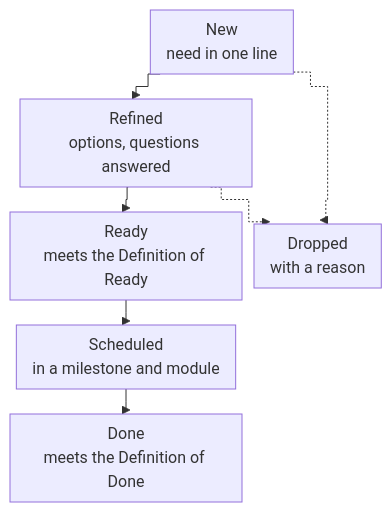
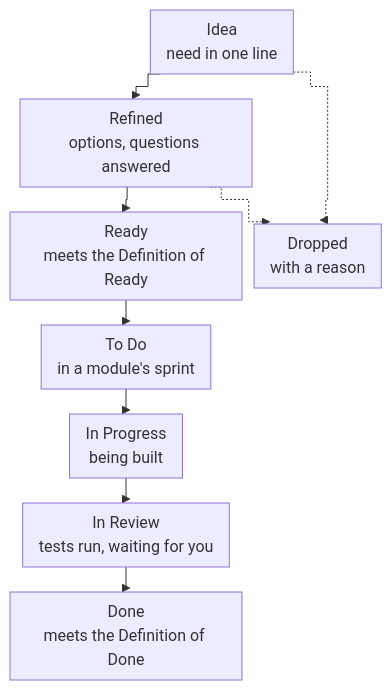
The diagram in mine/projects/thinking-system/22 Product Backlog.md (quocnguyen13/second-brain), drawn with Mermaid before and after one commit. The commit also changed other lines of this file and 8 other files, not shown here.

````diff
--- a/mine/projects/thinking-system/22 Product Backlog.md
+++ b/mine/projects/thinking-system/22 Product Backlog.md
@@ -20,10 +22,12 @@
 ```mermaid
 %%{init: {"flowchart": {"curve": "step", "useMaxWidth": true, "nodeSpacing": 12, "rankSpacing": 25, "padding": 8, "subGraphTitleMargin": {"top": 4, "bottom": 8}}}}%%
 flowchart TD
-    N["New<br/>need in one line"] --> R["Refined<br/>options, questions answered"]
+    N["Idea<br/>need in one line"] --> R["Refined<br/>options, questions answered"]
     R --> Y["Ready<br/>meets the Definition of Ready"]
-    Y --> S["Scheduled<br/>in a milestone and module"]
-    S --> D["Done<br/>meets the Definition of Done"]
+    Y --> S["To Do<br/>in a module's sprint"]
+    S --> P["In Progress<br/>being built"]
+    P --> V["In Review<br/>tests run, waiting for you"]
+    V --> D["Done<br/>meets the Definition of Done"]
     N -.-> X["Dropped<br/>with a reason"]
     R -.-> X
 ```
````
